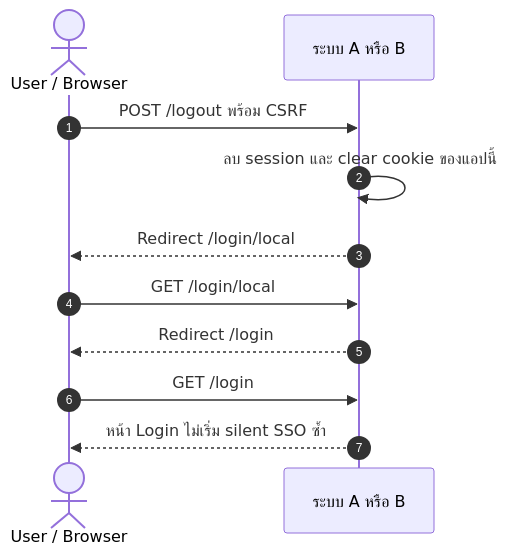
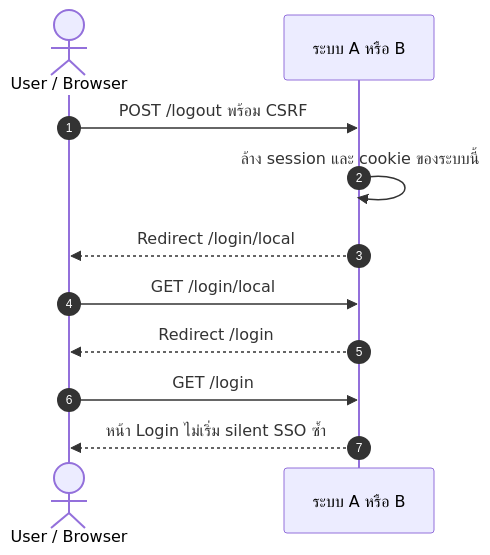
One commit to Sin1apachai/poc_sso changed diagram 15 of 20 in docs/flows/LOGIN-AND-SESSION.md. Above: the diagram before and after it, drawn with Mermaid. The commit also changed other lines of this file and 149 other files, not shown here.

````diff
--- a/docs/flows/LOGIN-AND-SESSION.md
+++ b/docs/flows/LOGIN-AND-SESSION.md
@@ -350,13 +366,13 @@
 ```mermaid
 sequenceDiagram
     autonumber
-    actor U as User / Browser
+actor U as User / Browser
     participant A as ระบบ A หรือ B
     U->>A: POST /logout พร้อม CSRF
-    A->>A: ลบ session และ clear cookie ของแอปนี้
+    A->>A: ล้าง session และ cookie ของระบบนี้
     A-->>U: Redirect /login/local
     U->>A: GET /login/local
     A-->>U: Redirect /login
     U->>A: GET /login
     A-->>U: หน้า Login ไม่เริ่ม silent SSO ซ้ำ
 ```
````
